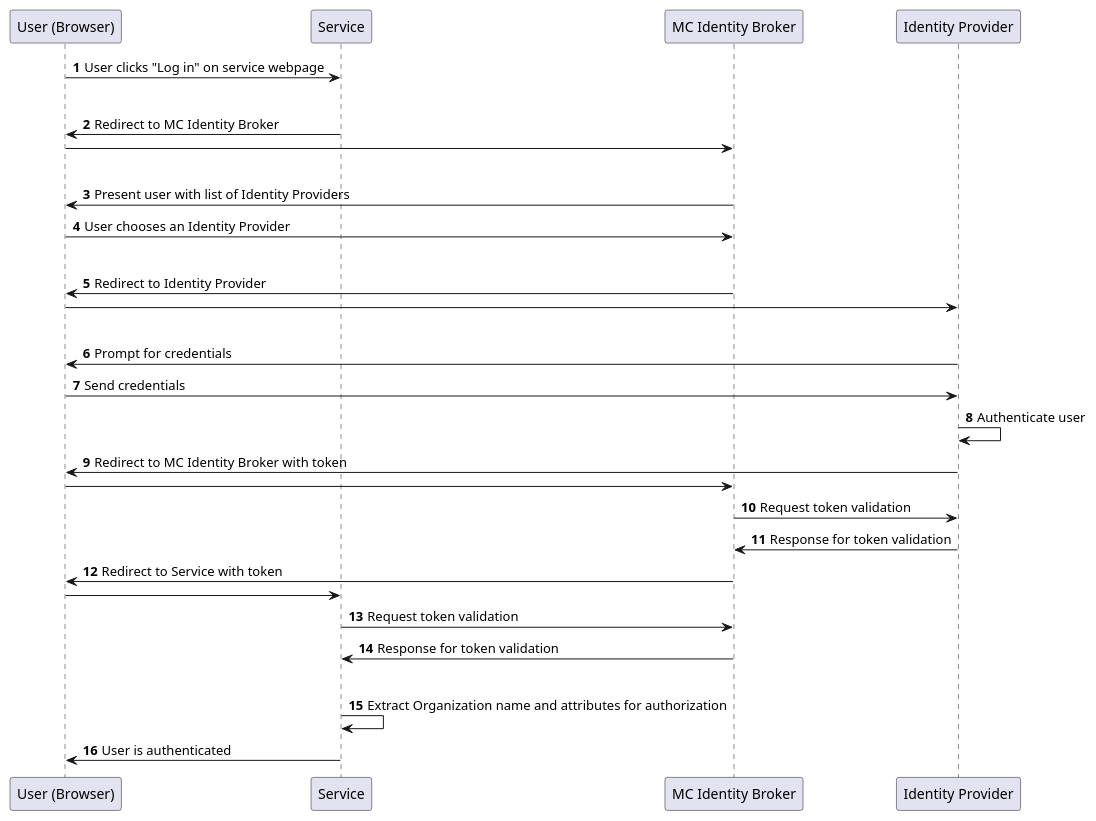
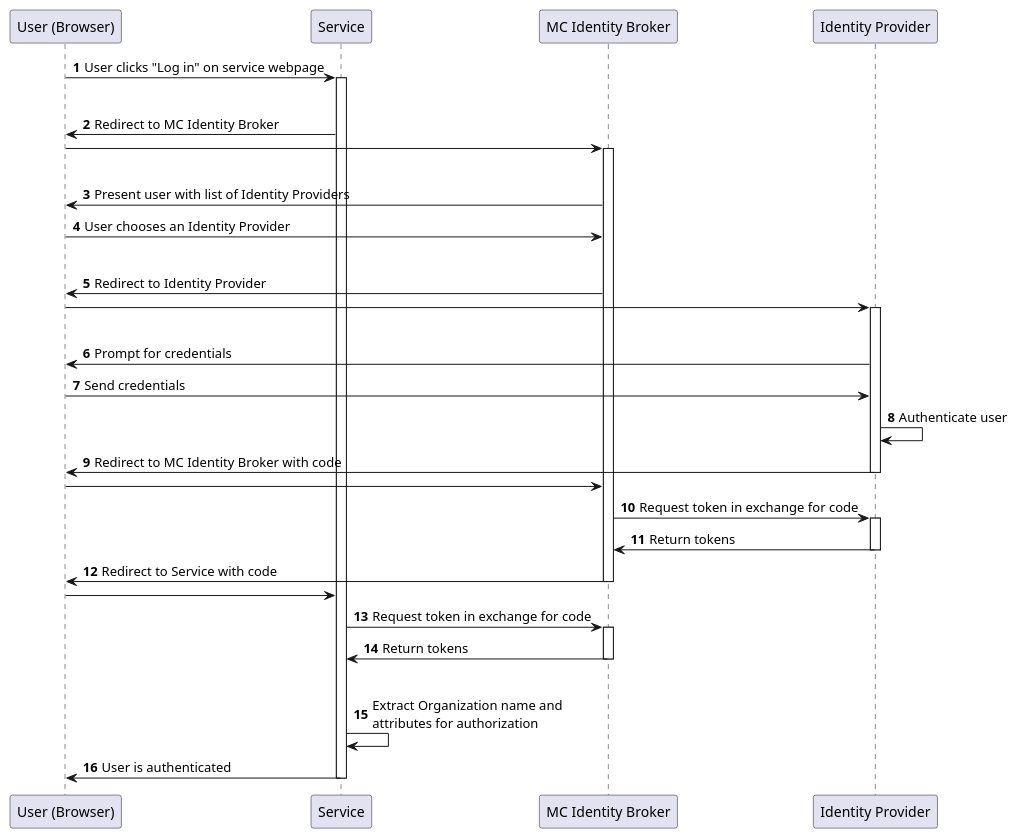
The first of 2 diagrams in identity/adoc/04OpenIDConnect.adoc (MaritimeCloud/developers.maritimecloud.net), drawn with PlantUML before and after one commit. The commit also changed other lines of this file and 2 other files, not shown here.

Commit message:
Added description of the certificate=>OIDC bridge and some general updates.

```diff
--- a/identity/adoc/04OpenIDConnect.adoc
+++ b/identity/adoc/04OpenIDConnect.adoc
@@ -44,42 +44,52 @@
 [plantuml, title="Authentication flow"]
 ....
 autonumber
 "User (Browser)" -> Service: User clicks "Log in" on service webpage
+activate Service
 |||
 Service -> "User (Browser)": Redirect to MC Identity Broker
 autonumber stop
 "User (Browser)" -> "MC Identity Broker"
+activate "MC Identity Broker"
 |||
 autonumber resume
 "MC Identity Broker" -> "User (Browser)": Present user with list of Identity Providers
 "User (Browser)" -> "MC Identity Broker": User chooses an Identity Provider
 |||
 "MC Identity Broker" -> "User (Browser)": Redirect to Identity Provider
 autonumber stop
 "User (Browser)" -> "Identity Provider"
+activate "Identity Provider"
 |||
 autonumber resume
 "Identity Provider" -> "User (Browser)": Prompt for credentials
 "User (Browser)" -> "Identity Provider": Send credentials
 
 "Identity Provider" -> "Identity Provider": Authenticate user
 
-"Identity Provider" -> "User (Browser)": Redirect to MC Identity Broker with token
+"Identity Provider" -> "User (Browser)": Redirect to MC Identity Broker with code
+deactivate "Identity Provider"
 autonumber stop
 "User (Browser)" -> "MC Identity Broker"
 
 autonumber resume
-"MC Identity Broker" -> "Identity Provider": Request token validation
-"Identity Provider" -> "MC Identity Broker": Response for token validation
+"MC Identity Broker" -> "Identity Provider": Request token in exchange for code
+activate "Identity Provider"
+"Identity Provider" -> "MC Identity Broker": Return tokens
+deactivate "Identity Provider"
 
-"MC Identity Broker" -> "User (Browser)": Redirect to Service with token
+"MC Identity Broker" -> "User (Browser)": Redirect to Service with code
+deactivate "MC Identity Broker"
 autonumber stop
 "User (Browser)" -> Service
 
 autonumber resume
-Service -> "MC Identity Broker": Request token validation
-"MC Identity Broker" -> Service: Response for token validation
+Service -> "MC Identity Broker": Request token in exchange for code
+activate "MC Identity Broker"
+"MC Identity Broker" -> Service: Return tokens
+deactivate "MC Identity Broker"
 |||
-Service -> Service: Extract Organization name and attributes for authorization
+Service -> Service: Extract Organization name and\nattributes for authorization
 Service -> "User (Browser)": User is authenticated
+deactivate Service
 ....
```
